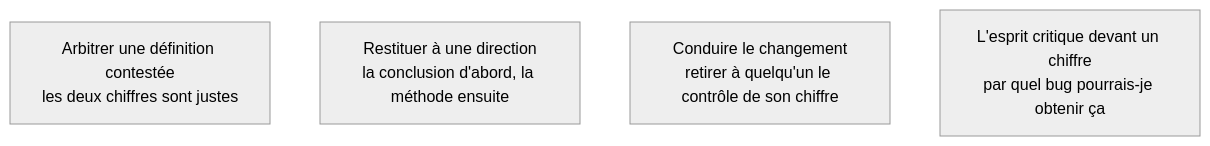
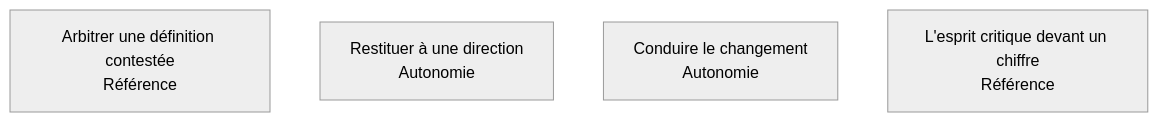
The diagram in content/parcours/bi-analyst/communiquer-et-arbitrer/index.md (floSa/Atlas-Metiers-Roadmaps), drawn with Mermaid (neutral theme) before and after one commit. The commit also changed 20 other files, not shown here.

````diff
--- a/content/parcours/bi-analyst/communiquer-et-arbitrer/index.md
+++ b/content/parcours/bi-analyst/communiquer-et-arbitrer/index.md
@@ -11,12 +11,12 @@
 ```mermaid
 flowchart TD
-  A["Arbitrer une définition contestée<br/>les deux chiffres sont justes"]
-  R["Restituer à une direction<br/>la conclusion d'abord, la méthode ensuite"]
-  C["Conduire le changement<br/>retirer à quelqu'un le contrôle de son chiffre"]
-  E["L'esprit critique devant un chiffre<br/>par quel bug pourrais-je obtenir ça"]
+  A["Arbitrer une définition contestée<br/>Référence"]
+  R["Restituer à une direction<br/>Autonomie"]
+  C["Conduire le changement<br/>Autonomie"]
+  E["L'esprit critique devant un chiffre<br/>Référence"]
 
   click A "/parcours/bi-analyst/communiquer-et-arbitrer/arbitrer-une-definition-contestee"
   click R "/parcours/bi-analyst/communiquer-et-arbitrer/restituer-a-une-direction"
   click C "/parcours/bi-analyst/communiquer-et-arbitrer/conduire-le-changement"
   click E "/parcours/bi-analyst/communiquer-et-arbitrer/l-esprit-critique-devant-un-chiffre"
 ```
````
